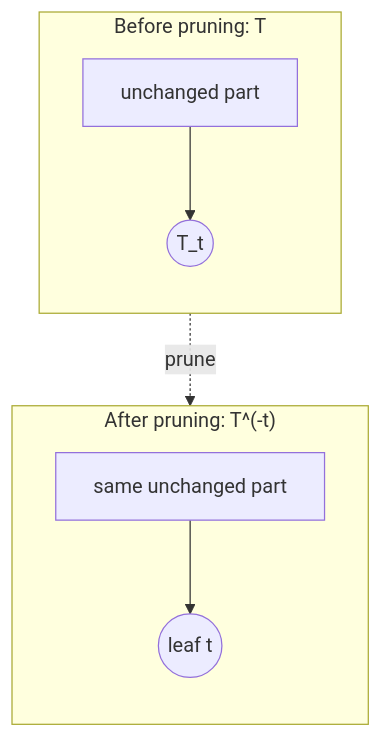
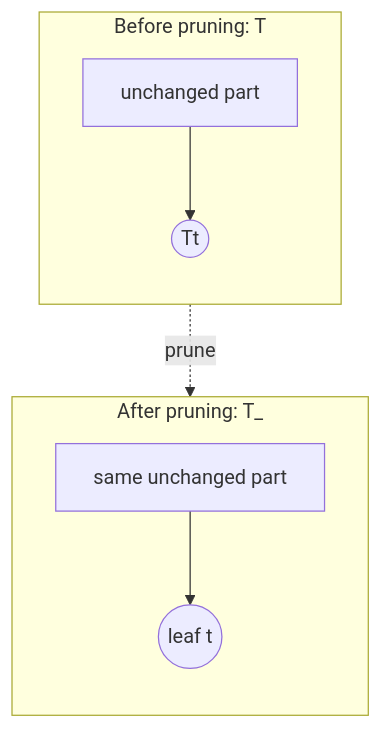
One commit to ycjiaweijia/STAT432Su26 changed the diagram in contents/2/tree.qmd. Above: the diagram before and after it, drawn with Mermaid. The commit also changed other lines of this file and 22 other files, not shown here.

````diff
--- a/contents/2/tree.qmd
+++ b/contents/2/tree.qmd
@@ -528,14 +528,14 @@
 ```{mermaid}
 flowchart TB
     subgraph Before["Before pruning: T"]
         direction TB
-        A[unchanged part] --> S((T_t))
+        A[unchanged part] --> S((Tt))
     end
 
-    subgraph After["After pruning: T^(-t)"]
+    subgraph After["After pruning: T_"]
         direction TB
         B[same unchanged part] --> L((leaf t))
     end
 
     S -. prune .-> L
 ```
````
